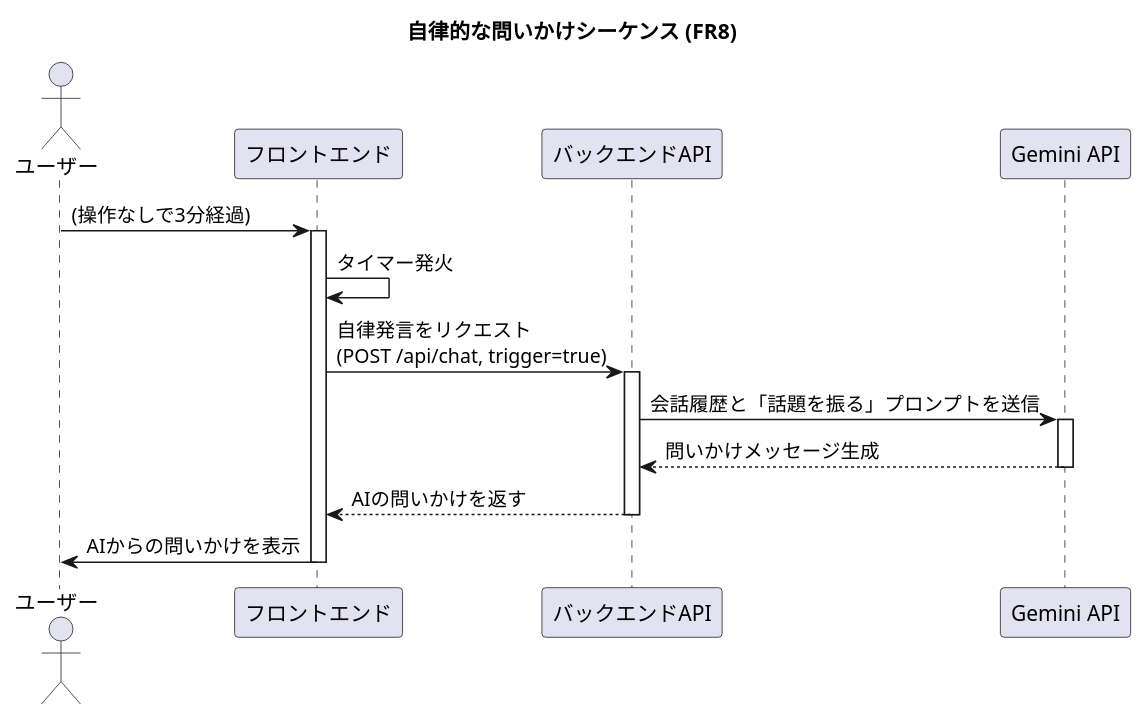
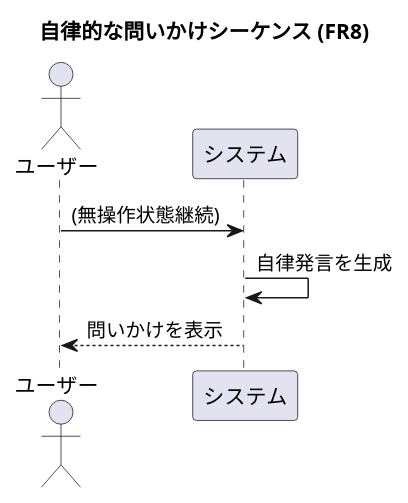
Before and after one commit to prankster-freedom/ToyBox: the tenth of 10 diagrams in doc/1.SPEC.md, drawn with PlantUML. The commit also changed other lines of this file and 25 other files, not shown here.

````diff
--- a/doc/1.SPEC.md
+++ b/doc/1.SPEC.md
@@ -383,28 +279,12 @@
 ```plantuml
 @startuml
 title 自律的な問いかけシーケンス (FR8)
 
 actor "ユーザー" as User
-participant "フロントエンド" as Frontend
-participant "バックエンドAPI" as Backend
-participant "Gemini API" as Gemini
+participant "システム" as System
 
-User -> Frontend: (操作なしで3分経過)
-activate Frontend
-Frontend -> Frontend: タイマー発火
-
-Frontend -> Backend: 自律発言をリクエスト\n(POST /api/chat, trigger=true)
-activate Backend
-
-Backend -> Gemini: 会話履歴と「話題を振る」プロンプトを送信
-activate Gemini
-Gemini --> Backend: 問いかけメッセージ生成
-deactivate Gemini
-
-Backend --> Frontend: AIの問いかけを返す
-deactivate Backend
-
-Frontend -> User: AIからの問いかけを表示
-deactivate Frontend
+User -> System: (無操作状態継続)
+System -> System: 自律発言を生成
+System --> User: 問いかけを表示
 @enduml
 ```
````
